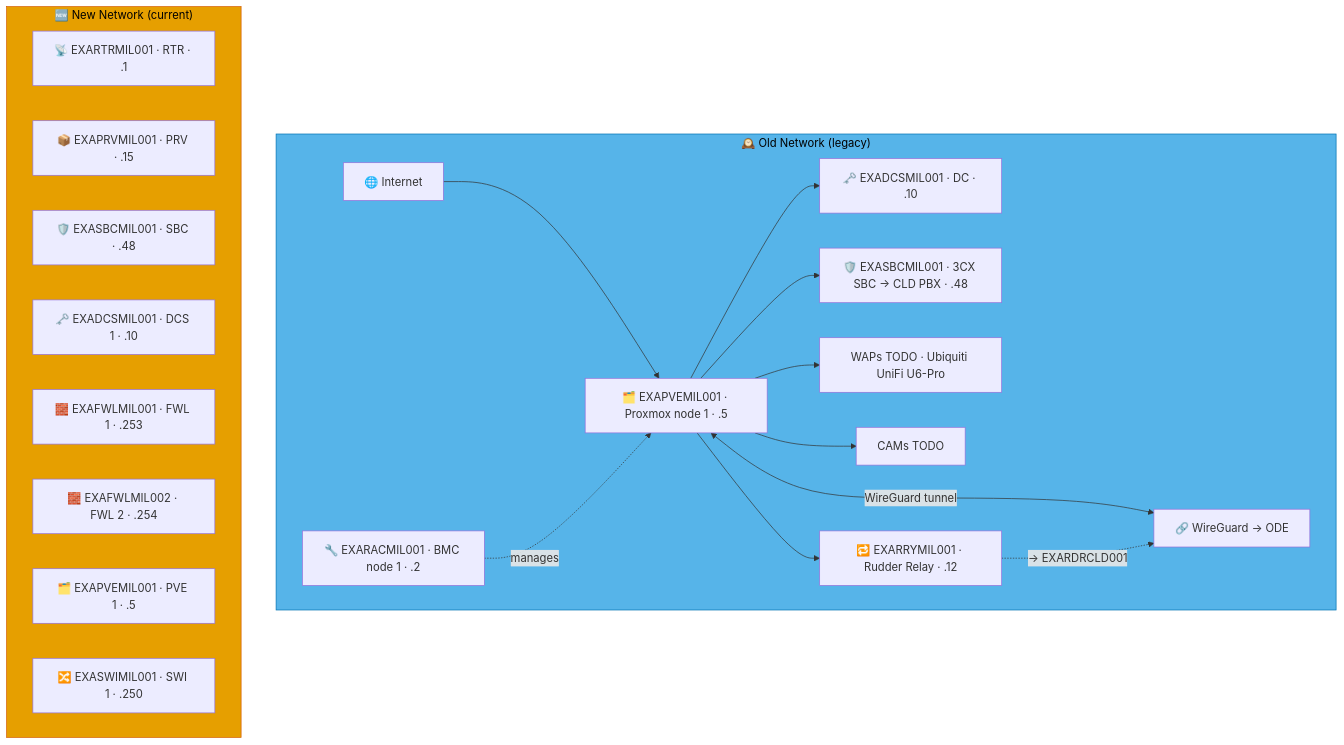
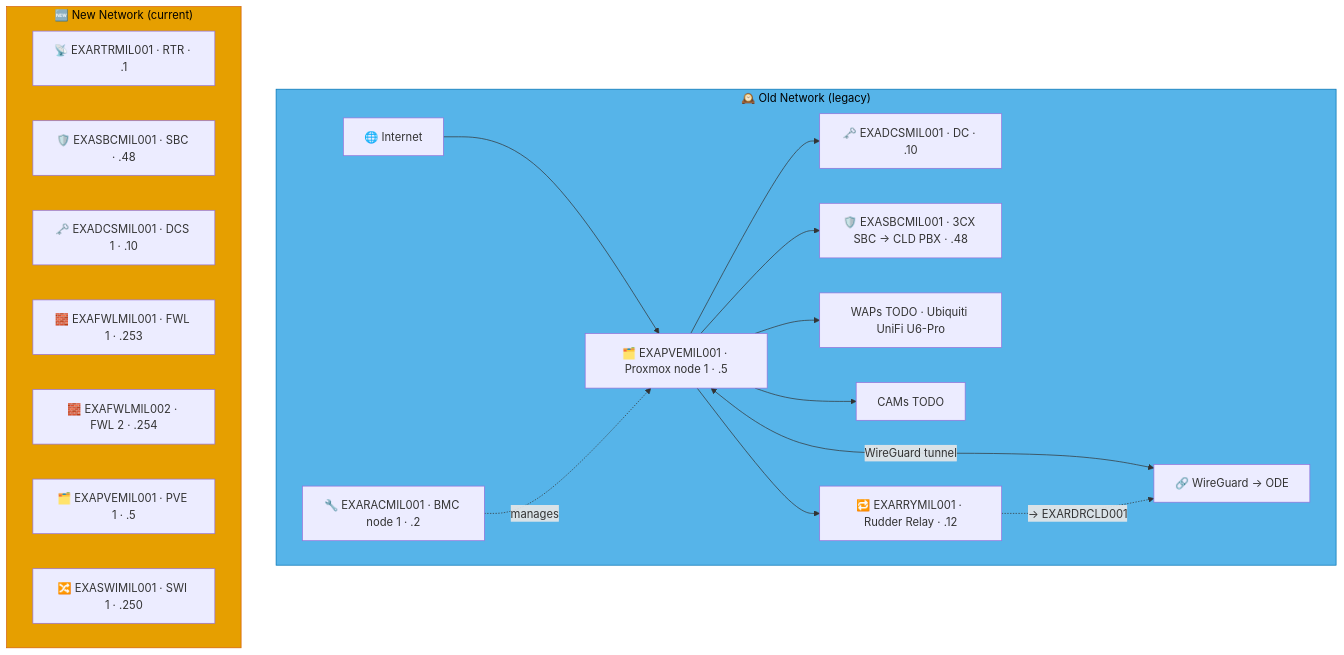
The diagram in docs/network-diagram/italia.md (knightmare2600/example_music_infra), drawn with Mermaid before and after one commit. The commit also changed 55 other files, not shown here.

````diff
--- a/docs/network-diagram/italia.md
+++ b/docs/network-diagram/italia.md
@@ -16,36 +16,35 @@
 ```mermaid
 graph TD
     subgraph OLD_MIL ["🕰️ Old Network (legacy)"]
       INET["🌐 Internet"]
       RAC["🔧 EXARACMIL001 · BMC node 1 · .2"]
       PVE["🗂️ EXAPVEMIL001 · Proxmox node 1 · .5"]
       DC["🗝️ EXADCSMIL001 · DC · .10"]
       SBC["🛡️ EXASBCMIL001 · 3CX SBC → CLD PBX · .48"]
       RRY["🔁 EXARRYMIL001 · Rudder Relay · .12"]
       WAP["WAPs TODO · Ubiquiti UniFi U6-Pro"]
       CAM["CAMs TODO"]
       VPN["🔗 WireGuard → ODE"]
 
       INET --> PVE --> DC & SBC
       RAC -.->|"manages"| PVE
       PVE --> WAP & CAM
       PVE <-->|"WireGuard tunnel"| VPN
 
       PVE --> RRY
       RRY -. "→ EXARDRCLD001" .-> VPN
     end
     style OLD_MIL fill:#56B4E9,stroke:#0072B2,color:#000000
     %% GENERATED:NEW-NETWORK:MIL:START
     subgraph NEW_MIL ["🆕 New Network (current)"]
       N_RTR["📡 EXARTRMIL001 · RTR · .1"]
-      N_PRV["📦 EXAPRVMIL001 · PRV · .15"]
       N_SBC["🛡️ EXASBCMIL001 · SBC · .48"]
       N_DCS["🗝️ EXADCSMIL001 · DCS 1 · .10"]
       N_FWL["🧱 EXAFWLMIL001 · FWL 1 · .253"]
       N_FWL2["🧱 EXAFWLMIL002 · FWL 2 · .254"]
       N_PVE["🗂️ EXAPVEMIL001 · PVE 1 · .5"]
       N_SWI["🔀 EXASWIMIL001 · SWI 1 · .250"]
     end
     style NEW_MIL fill:#E69F00,stroke:#D55E00,color:#000000
     %% GENERATED:NEW-NETWORK:MIL:END
 ```
````
